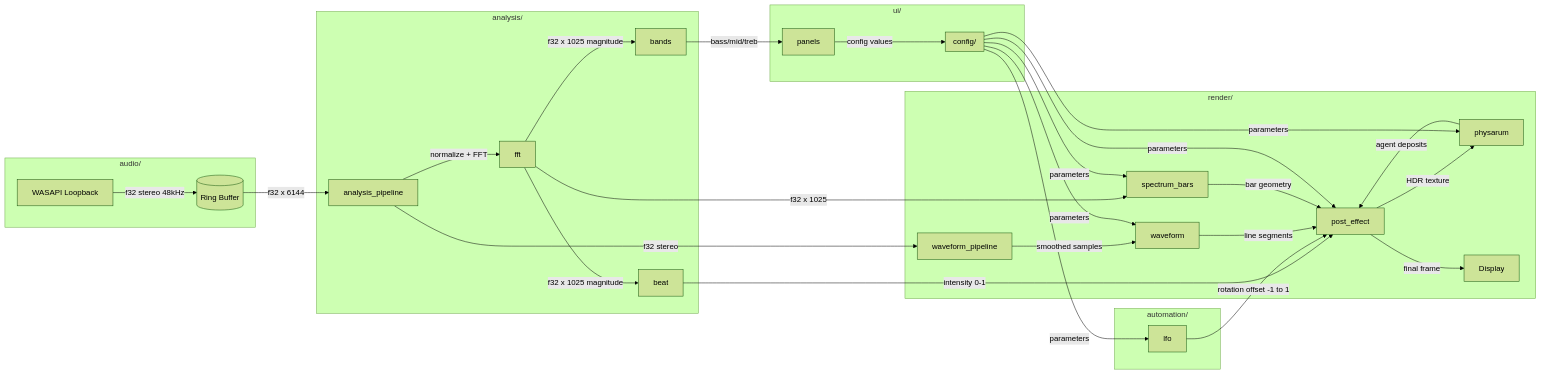
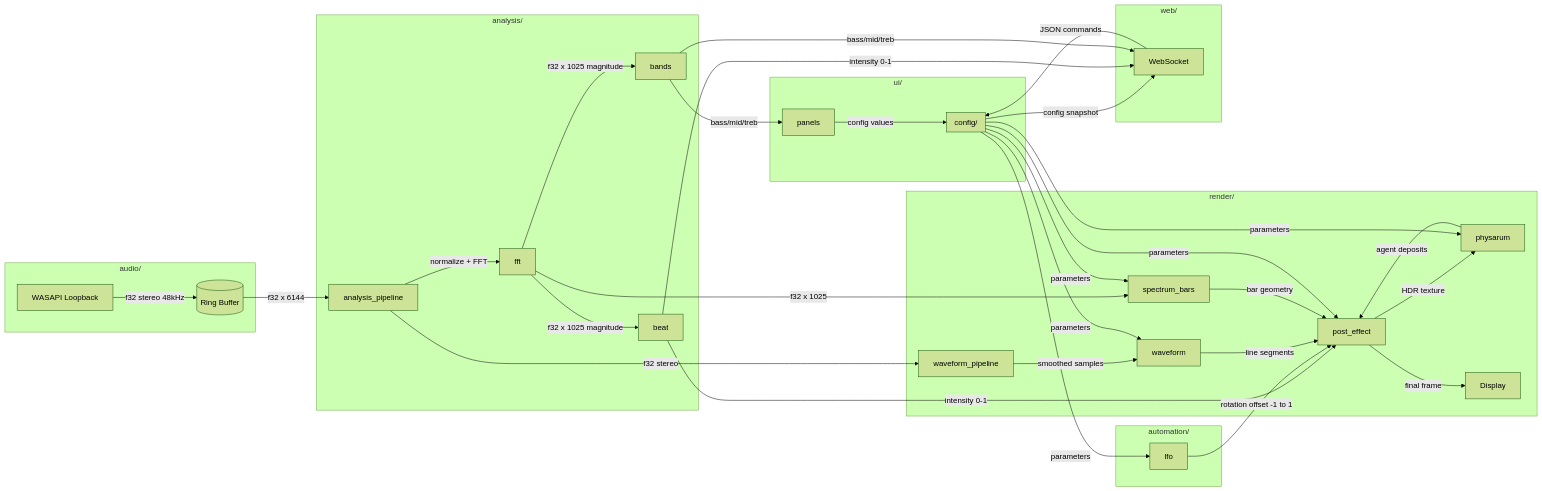
The diagram in docs/architecture.md (EvanLavender13/audio-jones), drawn with Mermaid (forest theme) before and after one commit. The commit also changed other lines of this file and 24 other files, not shown here.

First line of the commit message:
Add HTTP/WebSocket server for browser-based remote control

````diff
--- a/docs/architecture.md
+++ b/docs/architecture.md
@@ -11,43 +11,50 @@
 ```mermaid
 flowchart LR
     subgraph Audio[audio/]
         WASAPI[WASAPI Loopback] -->|f32 stereo 48kHz| RB[(Ring Buffer)]
     end
 
     subgraph Analysis[analysis/]
         RB -->|f32 x 6144| AP[analysis_pipeline]
         AP -->|normalize + FFT| FFT[fft]
         FFT -->|f32 x 1025 magnitude| Beat[beat]
         FFT -->|f32 x 1025 magnitude| Bands[bands]
     end
 
     subgraph Automation[automation/]
         LFO[lfo]
     end
 
     subgraph Render[render/]
         AP -->|f32 stereo| WP[waveform_pipeline]
         WP -->|smoothed samples| WF[waveform]
         Beat -->|intensity 0-1| PE[post_effect]
         LFO -->|rotation offset -1 to 1| PE
         FFT -->|f32 x 1025| SB[spectrum_bars]
         WF -->|line segments| PE
         SB -->|bar geometry| PE
         PE -->|HDR texture| Physarum[physarum]
         Physarum -->|agent deposits| PE
         PE -->|final frame| Screen[Display]
     end
 
     subgraph UI[ui/]
         Panels[panels] -->|config values| Config
         Bands -->|bass/mid/treb| Panels
     end
 
+    subgraph Web[web/]
+        WS[WebSocket] -->|JSON commands| Config
+        Config -->|config snapshot| WS
+        Beat -->|intensity 0-1| WS
+        Bands -->|bass/mid/treb| WS
+    end
+
     subgraph Config[config/]
         Config -->|parameters| WF
         Config -->|parameters| PE
         Config -->|parameters| SB
         Config -->|parameters| LFO
         Config -->|parameters| Physarum
     end
 ```
````
